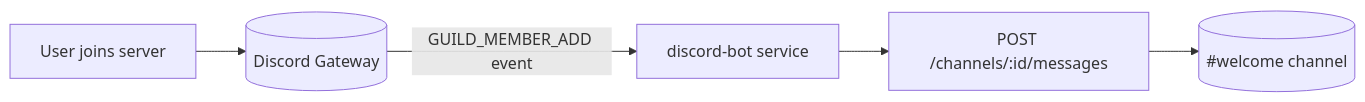
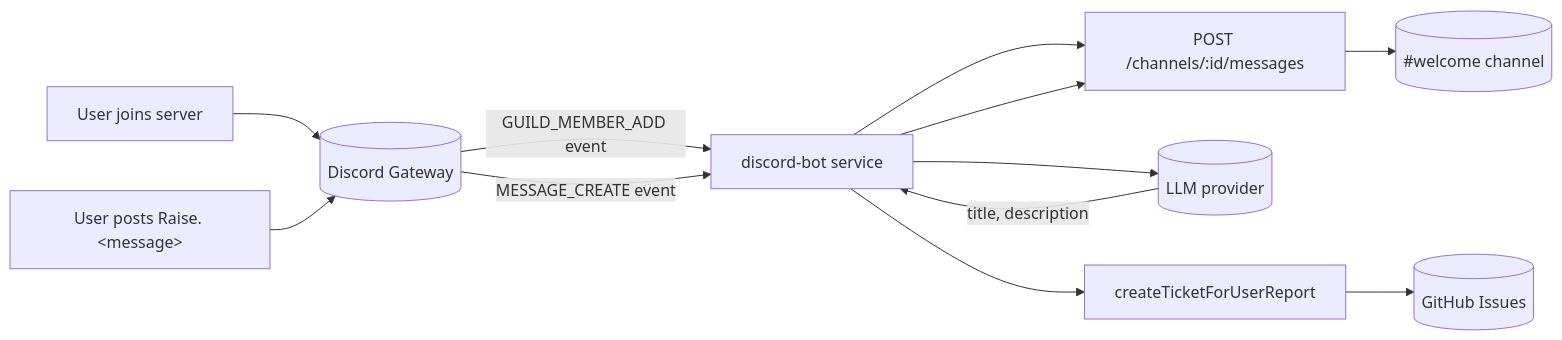
The diagram in docs/site/src/content/docs/platform/observability/discord-welcome-bot.mdx (milesburton/veta-trading-platform), drawn with Mermaid before and after one commit. The commit also changed other lines of this file and 5 other files, not shown here.

First line of the commit message:
feat(discord-bot): triage Raise. messages into GitHub tickets via LLM (#607)

````diff
--- a/docs/site/src/content/docs/platform/observability/discord-welcome-bot.mdx
+++ b/docs/site/src/content/docs/platform/observability/discord-welcome-bot.mdx
@@ -12,7 +12,15 @@
 ```mermaid
 flowchart LR
   U[User joins server] --> D[(Discord Gateway)]
   D -->|GUILD_MEMBER_ADD event| B[discord-bot service]
   B --> P[POST /channels/:id/messages]
   P --> C[(#welcome channel)]
+
+  M["User posts Raise. &lt;message&gt;"] --> D
+  D -->|MESSAGE_CREATE event| B
+  B --> L[(LLM provider)]
+  L -->|title, description| B
+  B --> T[createTicketForUserReport]
+  T --> G[(GitHub Issues)]
+  B --> P
 ```
````
